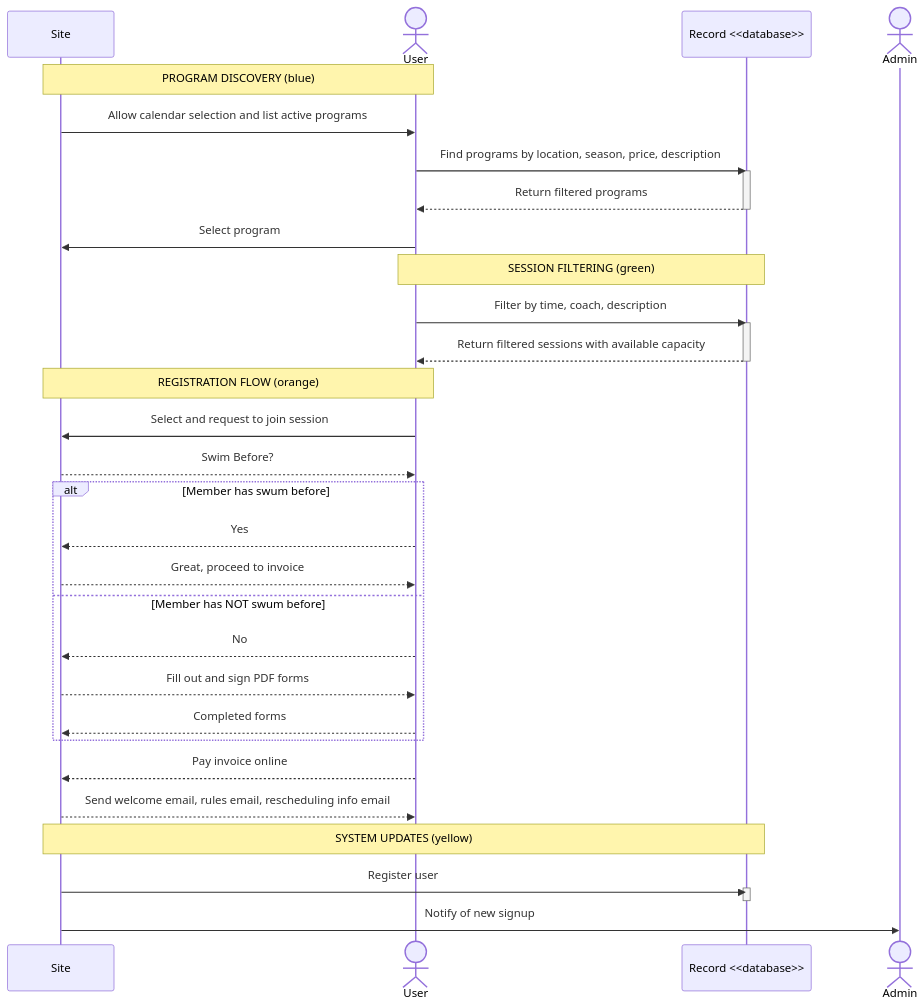
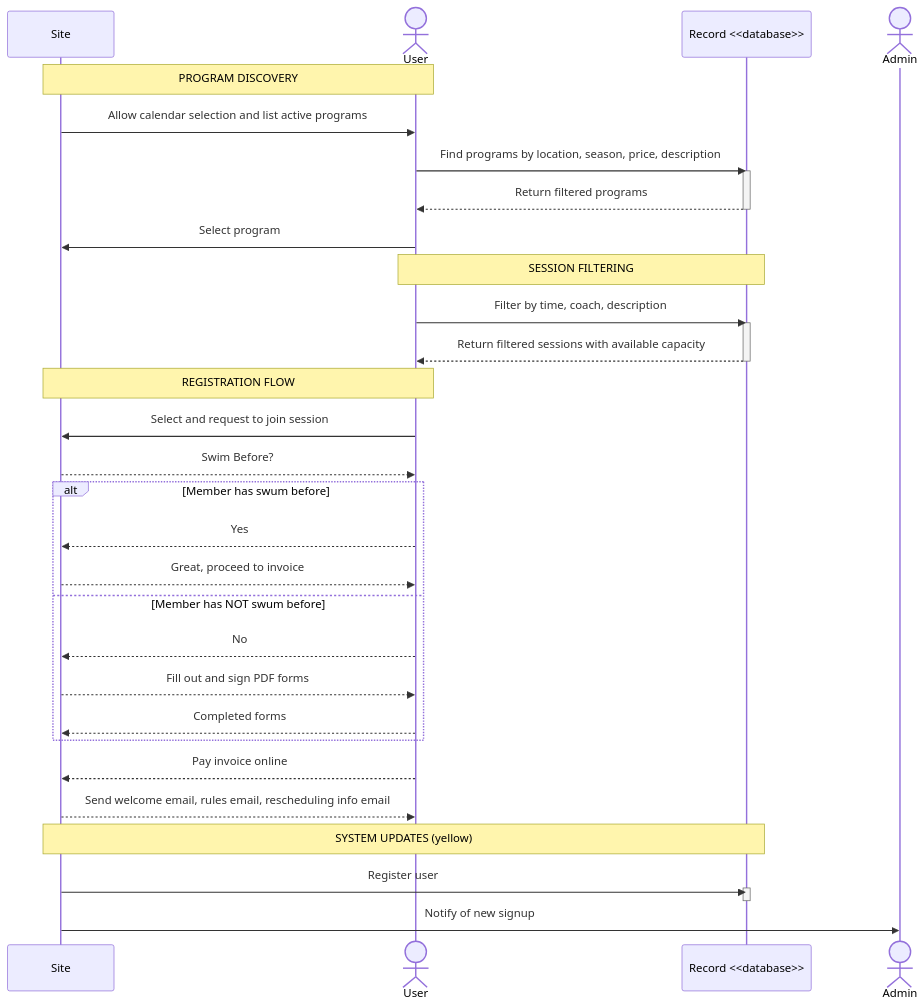
One commit to pbaletkeman/swimlane changed the diagram in docs/sequence/new-signup.mmd. Above: the diagram before and after it, drawn with Mermaid. The commit also changed 1 other file, not shown here.

```diff
--- a/docs/sequence/new-signup.mmd
+++ b/docs/sequence/new-signup.mmd
@@ -1,48 +1,48 @@
 sequenceDiagram
     participant Site
     actor User
     participant Record as Record <<database>>
     actor Admin
 
     %% === MEMBER PROGRAM DISCOVERY ===
-    Note over Site,User: PROGRAM DISCOVERY (blue)
+    Note over Site,User: PROGRAM DISCOVERY
     Site->>User: Allow calendar selection and list active programs
 
     User->>Record: Find programs by location, season, price, description
     activate Record
     Record-->>User: Return filtered programs
     deactivate Record
 
     User->>Site: Select program
 
     %% === SESSION FILTERING ===
-    Note over User,Record: SESSION FILTERING (green)
+    Note over User,Record: SESSION FILTERING
     User->>Record: Filter by time, coach, description
     activate Record
     Record-->>User: Return filtered sessions with available capacity
     deactivate Record
 
     %% === REGISTRATION FLOW ===
-    Note over Site,User: REGISTRATION FLOW (orange)
+    Note over Site,User: REGISTRATION FLOW
     User->>Site: Select and request to join session
     Site-->>User: Swim Before?
 
     alt Member has swum before
         User-->>Site: Yes
         Site-->>User: Great, proceed to invoice
     else Member has NOT swum before
         User-->>Site: No
         Site-->>User: Fill out and sign PDF forms
         User-->>Site: Completed forms
     end
 
     User-->>Site: Pay invoice online
     Site-->>User: Send welcome email, rules email, rescheduling info email
 
     %% === SYSTEM UPDATES ===
     Note over Site,Record: SYSTEM UPDATES (yellow)
     Site->>Record: Register user
     activate Record
     deactivate Record
 
     Site->>Admin: Notify of new signup
```
